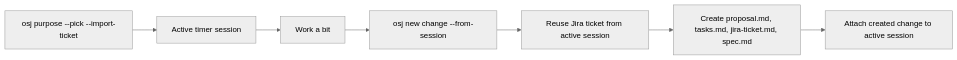
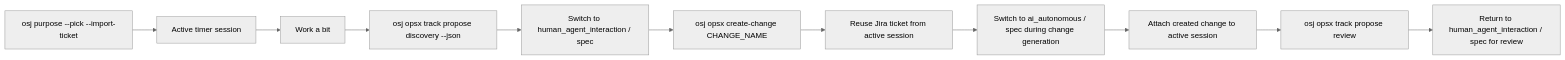
The fourth of 7 diagrams in README.md (embrana/AutomateIA), drawn with Mermaid (neutral theme) before and after one commit. The commit also changed other lines of this file and 25 other files, not shown here.

````diff
--- a/README.md
+++ b/README.md
@@ -250,9 +270,13 @@
 ```mermaid
 flowchart LR
     A["osj purpose --pick --import-ticket"] --> B["Active timer session"]
     B --> C["Work a bit"]
-    C --> D["osj new change --from-session"]
-    D --> E["Reuse Jira ticket from active session"]
-    E --> F["Create proposal.md, tasks.md, jira-ticket.md, spec.md"]
-    F --> G["Attach created change to active session"]
+    C --> D["osj opsx track propose discovery --json"]
+    D --> E["Switch to human_agent_interaction / spec"]
+    E --> F["osj opsx create-change CHANGE_NAME"]
+    F --> G["Reuse Jira ticket from active session"]
+    G --> H["Switch to ai_autonomous / spec during change generation"]
+    H --> I["Attach created change to active session"]
+    I --> J["osj opsx track propose review"]
+    J --> K["Return to human_agent_interaction / spec for review"]
 ```
````
